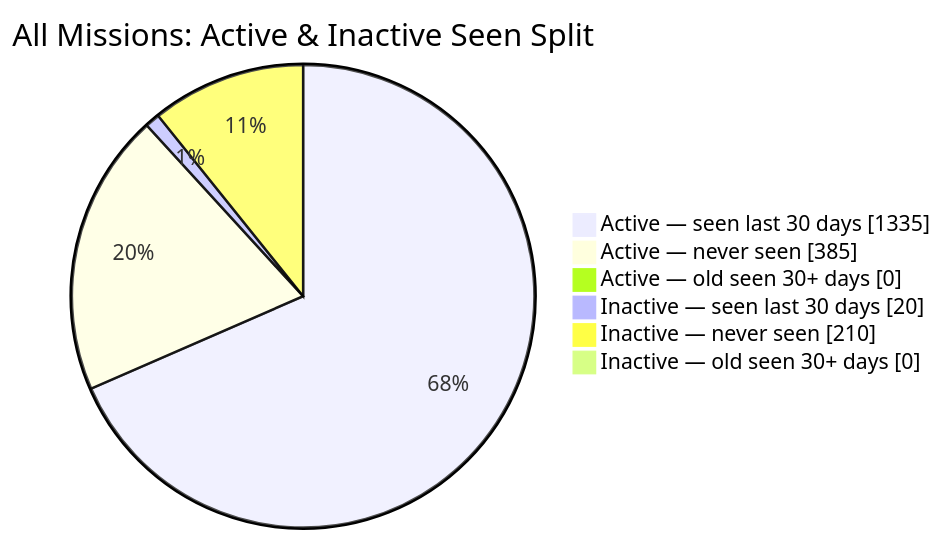
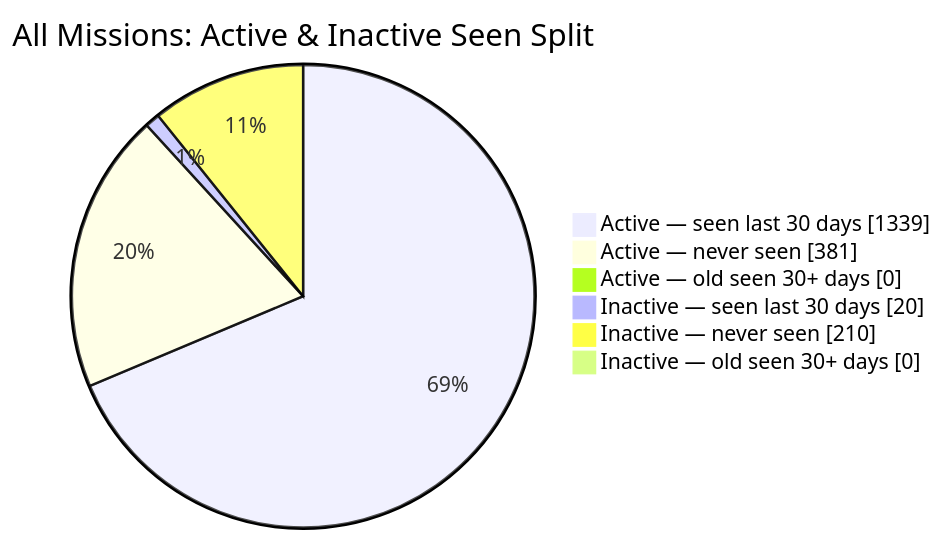
The second of 2 diagrams in README.md (MeldkamerspelGameTeam/active-missions), drawn with Mermaid before and after one commit. The commit also changed other lines of this file and 2 other files, not shown here.

````diff
--- a/README.md
+++ b/README.md
@@ -44,10 +44,10 @@
 ```mermaid
 pie showData
     title All Missions: Active & Inactive Seen Split
-    "Active — seen last 30 days" : 1335
-    "Active — never seen" : 385
+    "Active — seen last 30 days" : 1339
+    "Active — never seen" : 381
     "Active — old seen 30+ days" : 0
     "Inactive — seen last 30 days" : 20
     "Inactive — never seen" : 210
     "Inactive — old seen 30+ days" : 0
 ```
````
